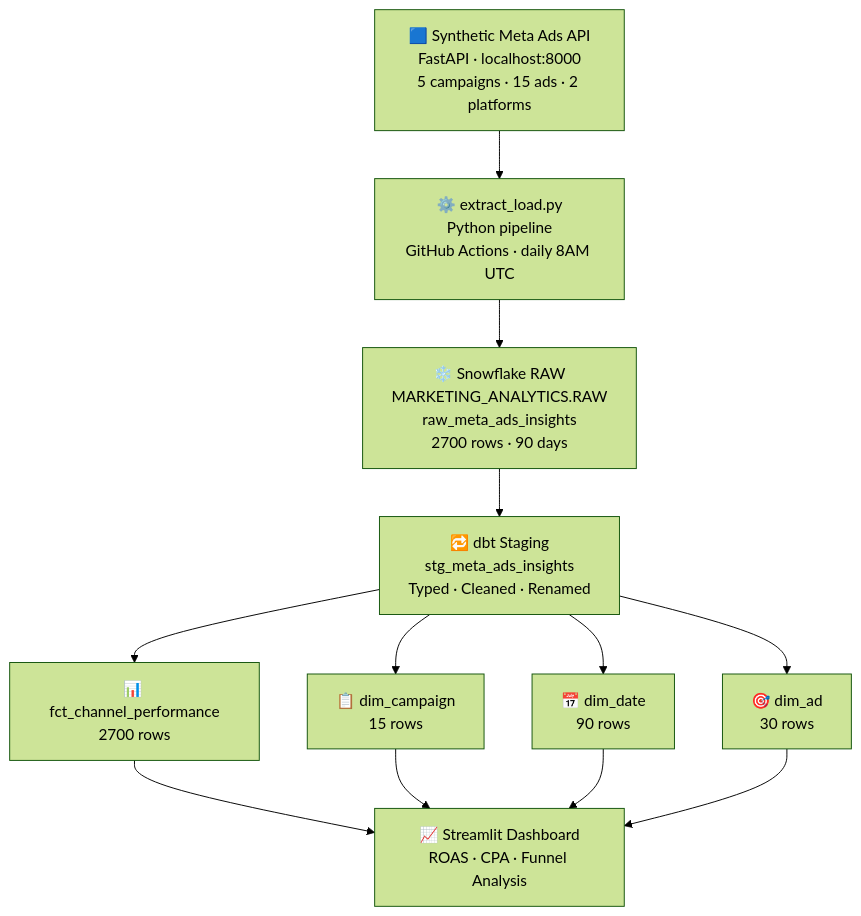
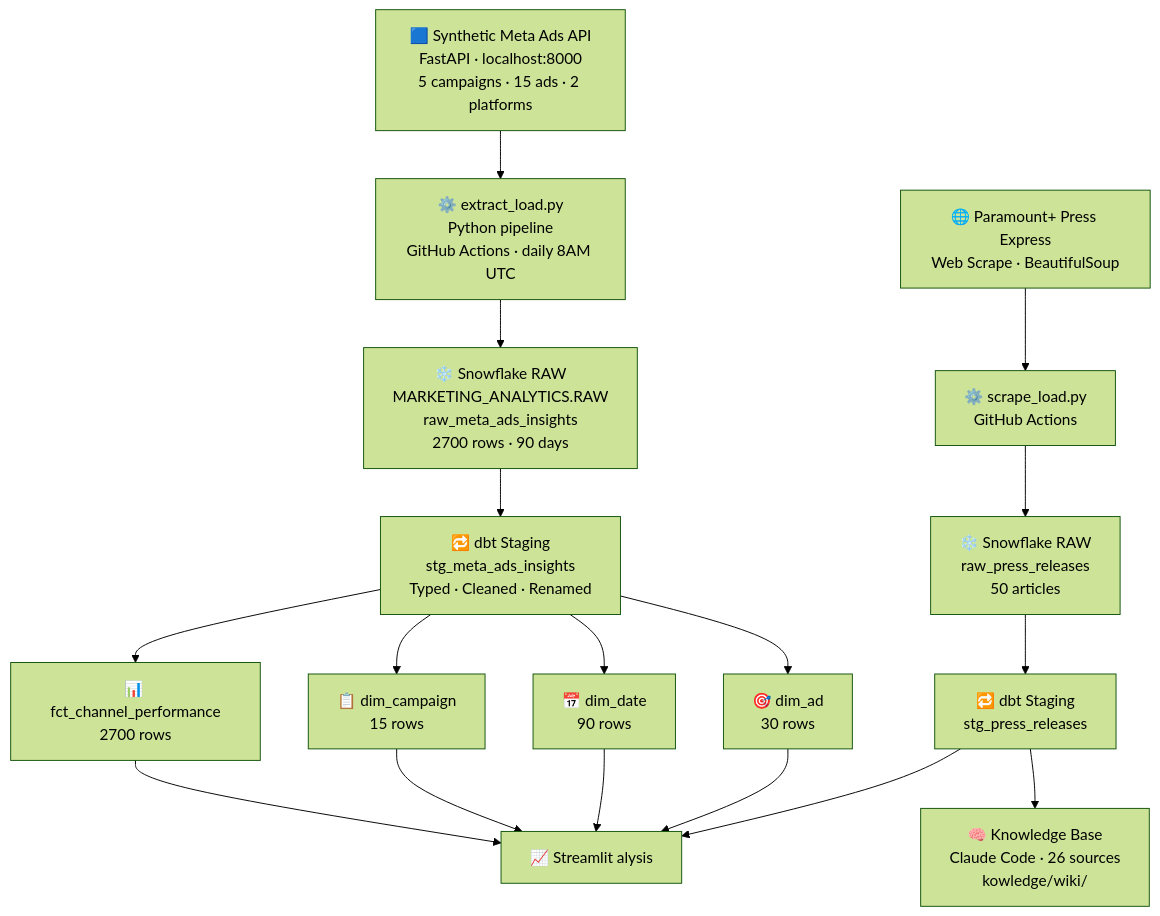
The first of 2 diagrams in README.md (alessiaberry-beep/marketing-analyst-streaming), drawn with Mermaid (forest theme) before and after one commit. The commit also changed other lines of this file, not shown here.

````diff
--- a/README.md
+++ b/README.md
@@ -12,15 +29,20 @@
 ```mermaid
 flowchart TD
     A[🟦 Synthetic Meta Ads API\nFastAPI · localhost:8000\n5 campaigns · 15 ads · 2 platforms]
     --> B[⚙️ extract_load.py\nPython pipeline\nGitHub Actions · daily 8AM UTC]
     B --> C[❄️ Snowflake RAW\nMARKETING_ANALYTICS.RAW\nraw_meta_ads_insights\n2700 rows · 90 days]
     C --> D[🔁 dbt Staging\nstg_meta_ads_insights\nTyped · Cleaned · Renamed]
     D --> E1[📊 fct_channel_performance\n2700 rows]
     D --> E2[📋 dim_campaign\n15 rows]
     D --> E3[📅 dim_date\n90 rows]
     D --> E4[🎯 dim_ad\n30 rows]
-    E1 --> F[📈 Streamlit Dashboard\nROAS · CPA · Funnel Analysis]
+    E1 --> F[📈 Streamlit alysis]
     E2 --> F
     E3 --> F
     E4 --> F
+    G[🌐 Paramount+ Press Express\nWeb Scrape · BeautifulSoup] --> H[⚙️ scrape_load.py\nGitHub Actions]
+    H --> I[❄️ Snowflake RAW\nraw_press_releases\n50 articles]
+    I --> J[🔁 dbt Staging\nstg_press_releases]
+    J --> F
+    J --> K[🧠 Knowledge Base\nClaude Code · 26 sources\nkowledge/wiki/]
 ```
````
